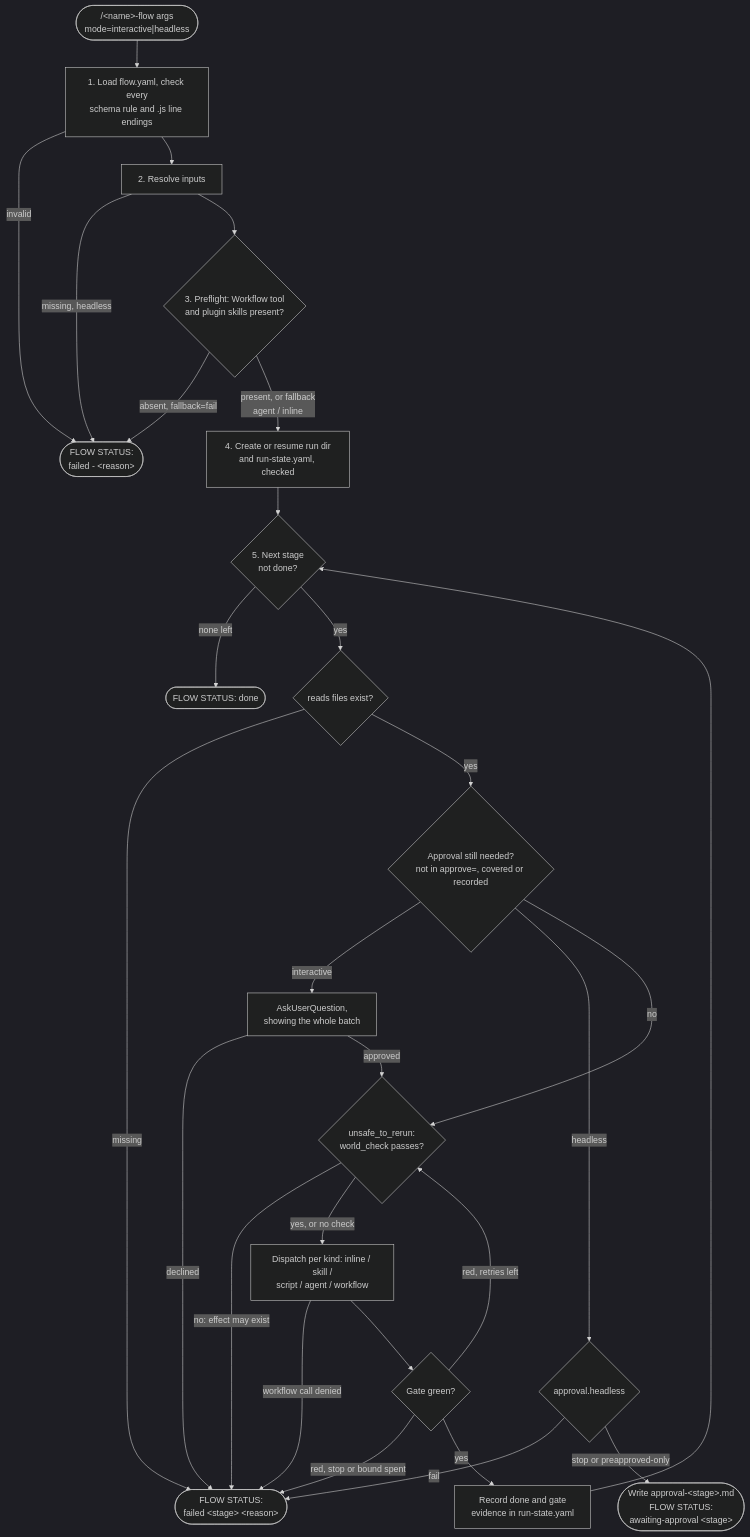
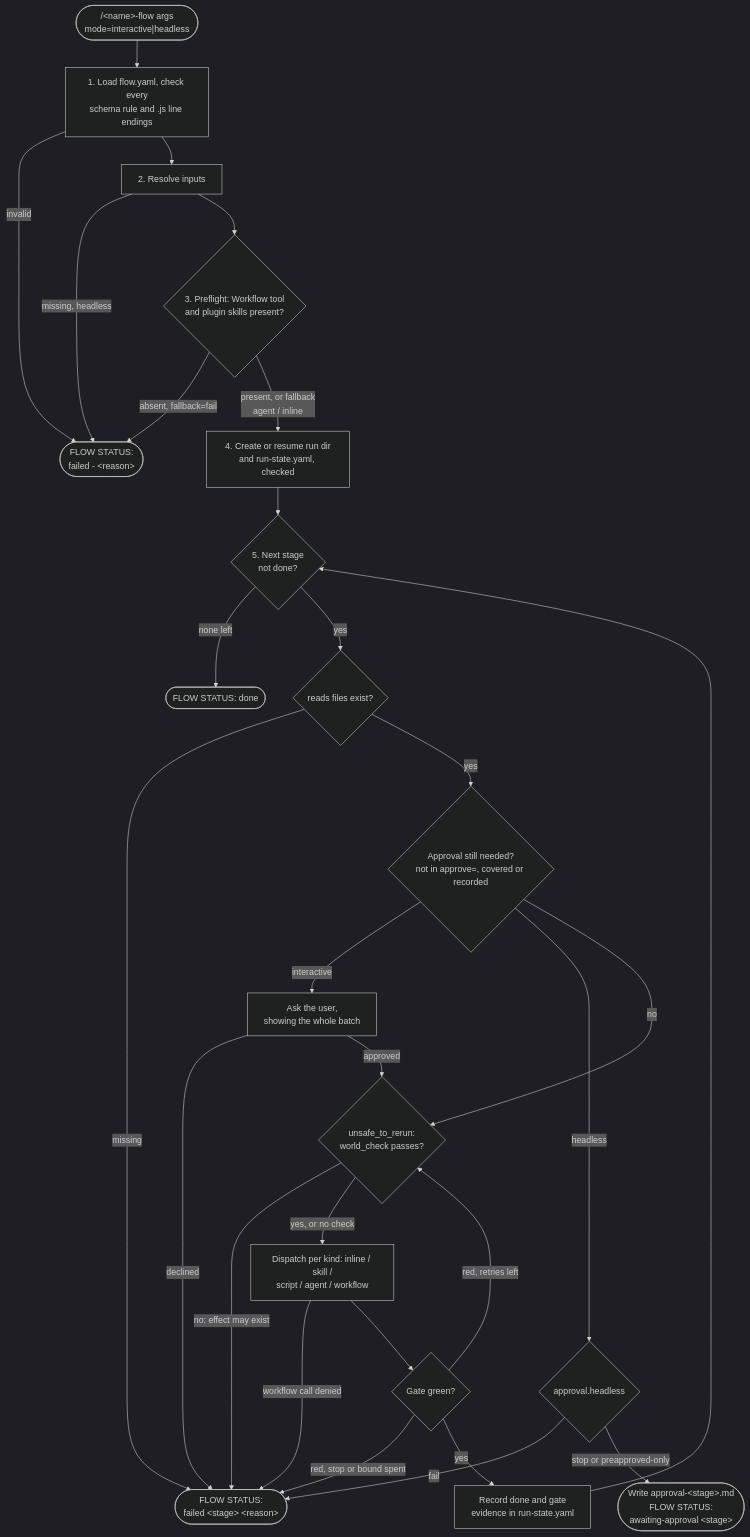
One commit to cheneeheng/ceh-claude-code-library changed the second of 3 diagrams in plugins/standalone/ceh-workflow-builder/docs/ARCHITECTURE.md. Above: the diagram before and after it, drawn with Mermaid (dark theme). The commit also changed other lines of this file and 44 other files, not shown here.

````diff
--- a/plugins/standalone/ceh-workflow-builder/docs/ARCHITECTURE.md
+++ b/plugins/standalone/ceh-workflow-builder/docs/ARCHITECTURE.md
@@ -123,29 +123,29 @@
 ```mermaid
 flowchart TD
     start(["/&lt;name&gt;-flow args<br/>mode=interactive|headless"]) --> load["1. Load flow.yaml, check every<br/>schema rule and .js line endings"]
     load -->|invalid| prefail(["FLOW STATUS:<br/>failed - &lt;reason&gt;"])
     load --> inputs["2. Resolve inputs"]
     inputs -->|"missing, headless"| prefail
     inputs --> pre{"3. Preflight: Workflow tool<br/>and plugin skills present?"}
     pre -->|"absent, fallback=fail"| prefail
     pre -->|"present, or fallback<br/>agent / inline"| state["4. Create or resume run dir<br/>and run-state.yaml, checked"]
     state --> next{"5. Next stage<br/>not done?"}
     next -->|none left| done(["FLOW STATUS: done"])
     next -->|yes| reads{"reads files exist?"}
     reads -->|missing| failed(["FLOW STATUS:<br/>failed &lt;stage&gt; &lt;reason&gt;"])
     reads -->|yes| appr{"Approval still needed?<br/>not in approve=, covered or recorded"}
-    appr -->|interactive| ask["AskUserQuestion,<br/>showing the whole batch"]
+    appr -->|interactive| ask["Ask the user,<br/>showing the whole batch"]
     ask -->|declined| failed
     appr -->|headless| hl{"approval.headless"}
     hl -->|fail| failed
     hl -->|"stop or preapproved-only"| waiting(["Write approval-&lt;stage&gt;.md<br/>FLOW STATUS:<br/>awaiting-approval &lt;stage&gt;"])
     appr -->|no| world{"unsafe_to_rerun:<br/>world_check passes?"}
     ask -->|approved| world
     world -->|"no: effect may exist"| failed
     world -->|"yes, or no check"| run["Dispatch per kind: inline / skill /<br/>script / agent / workflow"]
     run -->|workflow call denied| failed
     run --> gate{"Gate green?"}
     gate -->|"red, stop or bound spent"| failed
     gate -->|"red, retries left"| world
     gate -->|yes| mark["Record done and gate<br/>evidence in run-state.yaml"] --> next
 ```
````
